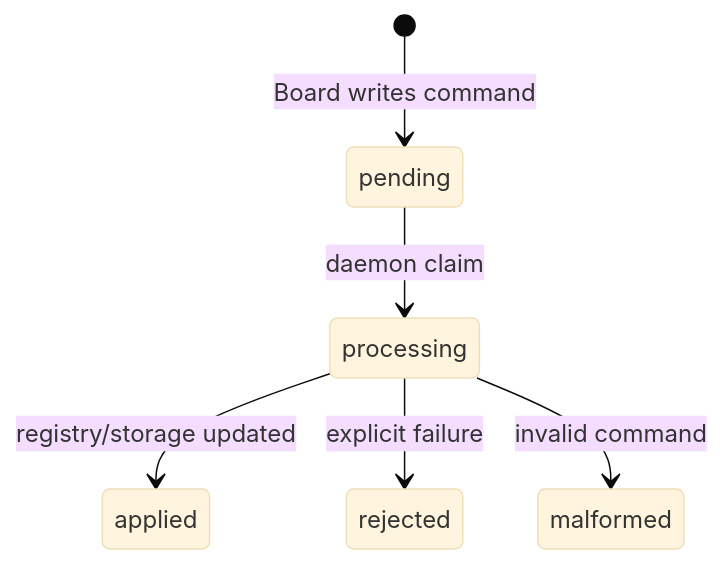
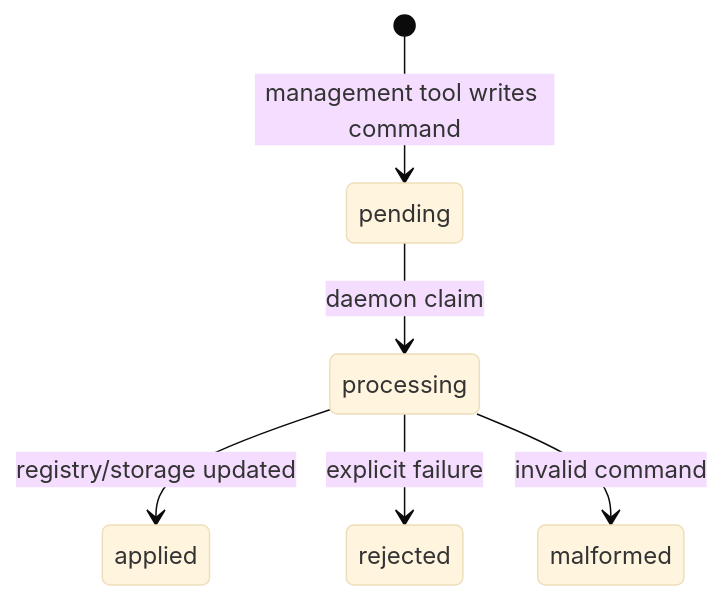
One commit to 1amageek/Varta changed the third of 3 diagrams in OPERATIONS.md. Above: the diagram before and after it, drawn with Mermaid (base theme). The commit also changed other lines of this file and 4 other files, not shown here.

````diff
--- a/OPERATIONS.md
+++ b/OPERATIONS.md
@@ -64,8 +64,8 @@
 ```mermaid
 stateDiagram-v2
-    [*] --> pending: Board writes command
+    [*] --> pending: management tool writes command
     pending --> processing: daemon claim
     processing --> applied: registry/storage updated
     processing --> rejected: explicit failure
     processing --> malformed: invalid command
 ```
````
